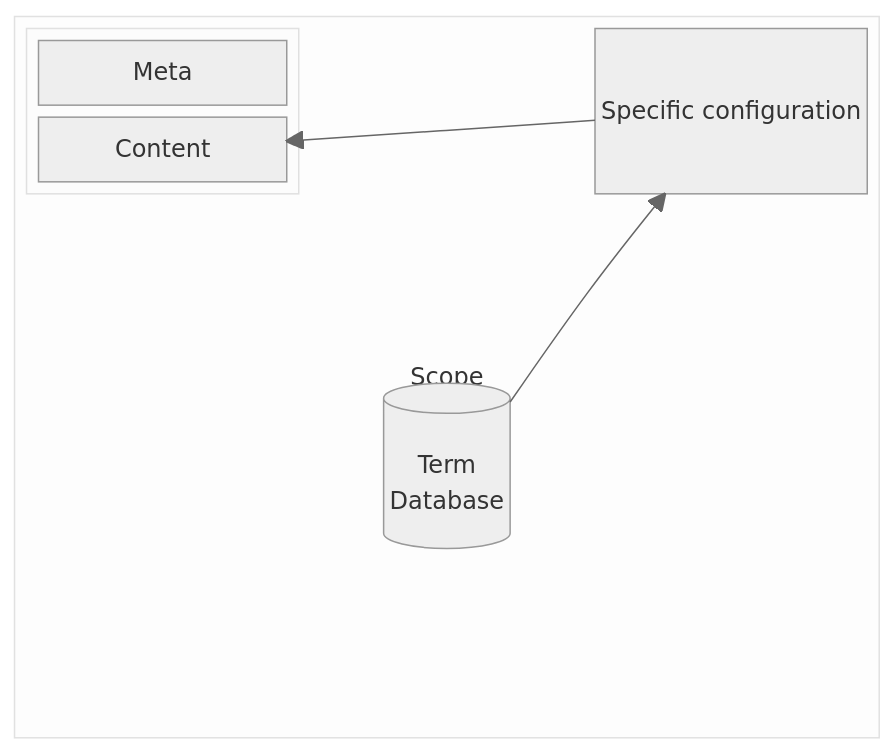
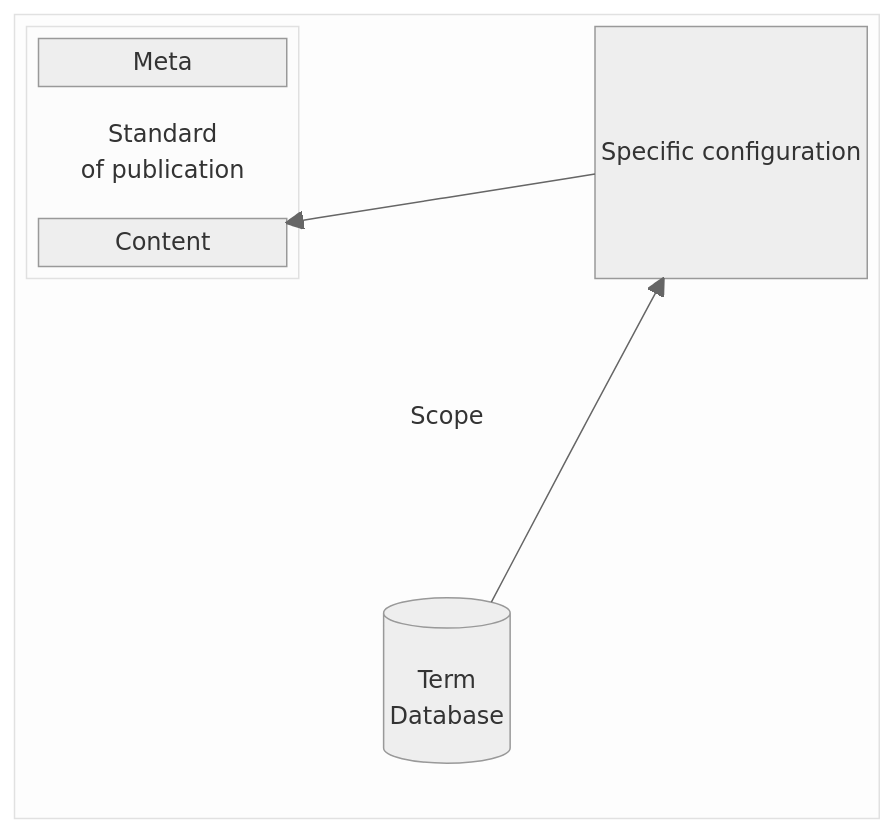
Before and after one commit to officialgazette/publication-standard: the diagram in README.md, drawn with Mermaid. The commit also changed other lines of this file, not shown here.

````diff
--- a/README.md
+++ b/README.md
@@ -50,32 +38,34 @@
 ```mermaid
 
 %%{
   init: {
     'theme': 'neutral'
   }
 }%%
 
 block-beta
 
 block:scope["Scope"]
 
 columns 3
-block:1
+block:standard["Standard
+of publication"]:1
 columns 1
 Meta
+space
+space
 Content
 end
 Meta space Terms["Specific configuration"]
 space:3
 Content space termDB[("
 Term
 Database")]
-space:3
 
 end
 
 
 
 Terms --> Content
 termDB --> Terms
 ```
````
